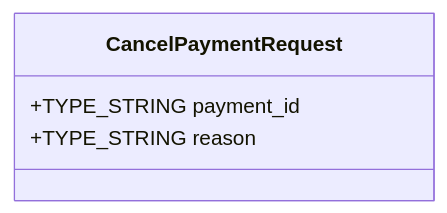
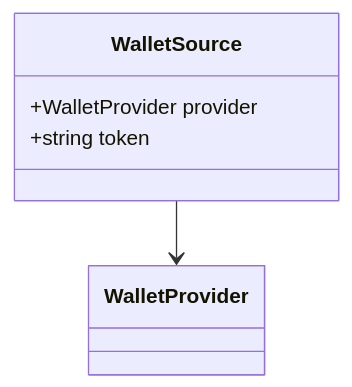
Before and after one commit to kyivinua/root: diagram 42 of 44 in test-monorepo/docs/consolidated/PaymentService.md, drawn with Mermaid. The commit also changed other lines of this file and 5 other files, not shown here.

````diff
--- a/test-monorepo/docs/consolidated/PaymentService.md
+++ b/test-monorepo/docs/consolidated/PaymentService.md
@@ -917,7 +2193,8 @@
 ```mermaid
 classDiagram
-    class CancelPaymentRequest {
-        +TYPE_STRING payment_id
-        +TYPE_STRING reason
+    class WalletSource {
+        +WalletProvider provider
+        +string token
     }
+    WalletSource --> WalletProvider
 ```
````
